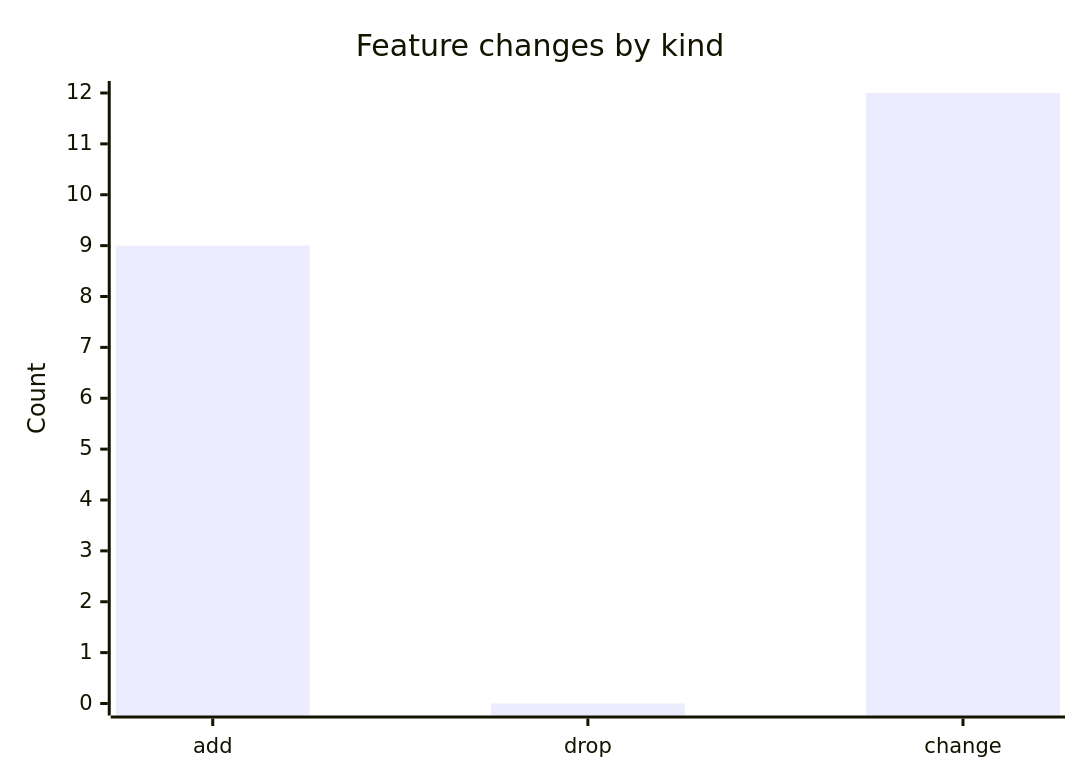
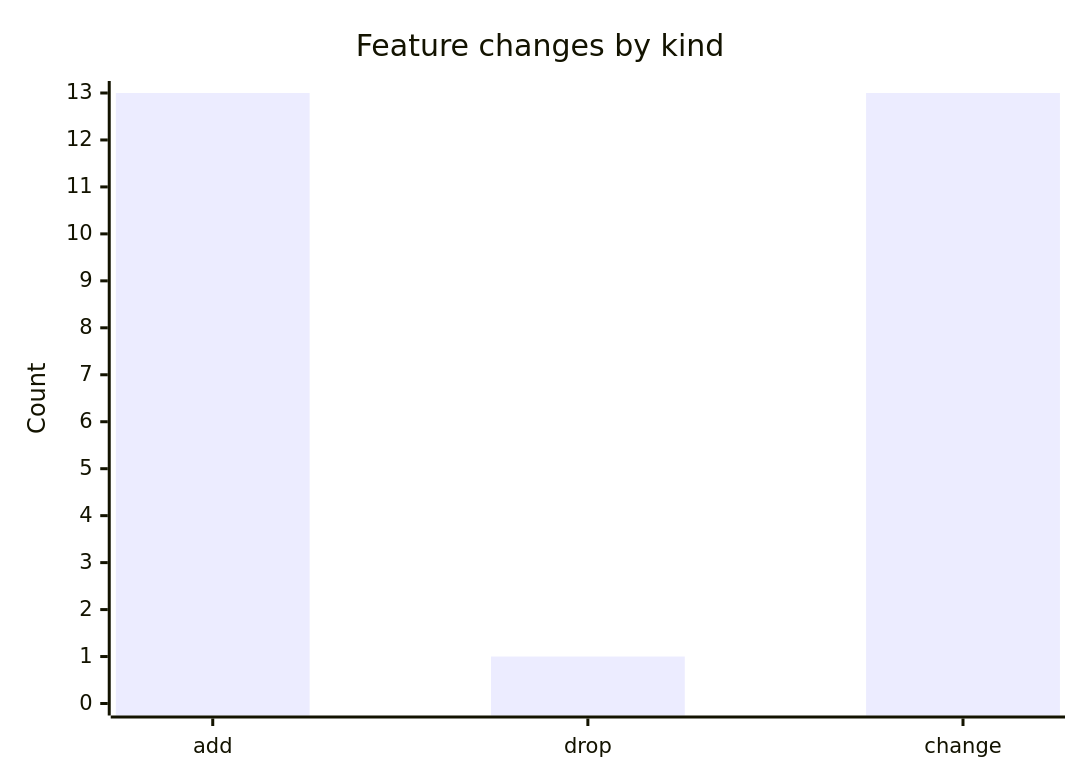
Before and after one commit to DamianFlynn/experiments: the ninth of 22 diagrams in .claude/skills/activity-overview/samples/avm-tf-aiml-lz-digest.md, drawn with Mermaid. The commit also changed other lines of this file and 2 other files, not shown here.

````diff
--- a/.claude/skills/activity-overview/samples/avm-tf-aiml-lz-digest.md
+++ b/.claude/skills/activity-overview/samples/avm-tf-aiml-lz-digest.md
@@ -444,7 +318,7 @@
 ```mermaid
 xychart-beta
     title "Feature changes by kind"
     x-axis [add, drop, change]
-    y-axis "Count" 0 --> 12
-    bar [9, 0, 12]
+    y-axis "Count" 0 --> 13
+    bar [13, 1, 13]
 ```
````
